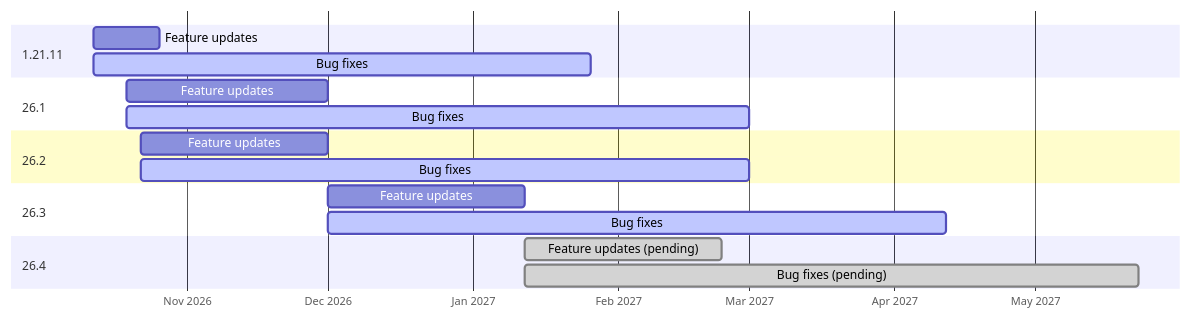
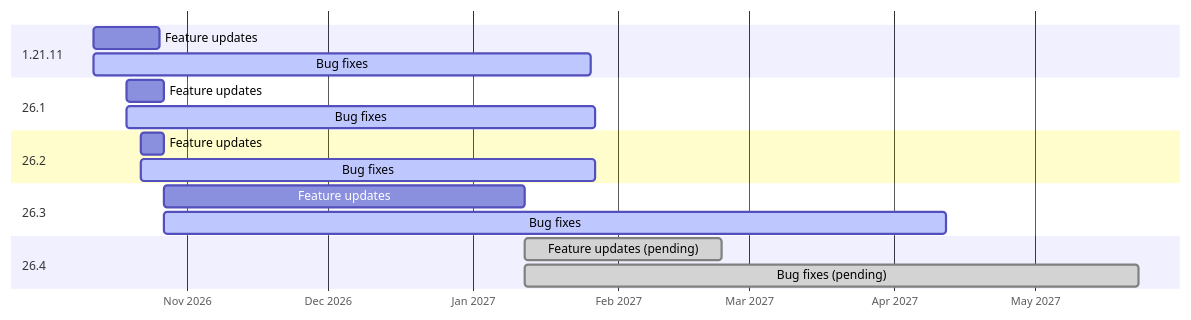
One commit to Restfulbee37/copper-golem-optimisation changed the diagram in README.md. Above: the diagram before and after it, drawn with Mermaid. The commit also changed other lines of this file and 1 other file, not shown here.

Commit message:
Release 0.6.0+26.3
26.3 becomes the feature version; 26.2 and 26.1 move to bug fixes until
about 27 January 2027.

````diff
--- a/README.md
+++ b/README.md
@@ -35,20 +35,20 @@
 ```mermaid
 gantt
     dateFormat YYYY-MM-DD
     axisFormat %b %Y
     section 1.21.11
         Feature updates : 2026-10-12, 2026-10-26
         Bug fixes       : active, 2026-10-12, 2027-01-26
     section 26.1
-        Feature updates : 2026-10-19, 2026-12-01
-        Bug fixes       : active, 2026-10-19, 2027-03-01
+        Feature updates : 2026-10-19, 2026-10-27
+        Bug fixes       : active, 2026-10-19, 2027-01-27
     section 26.2
-        Feature updates : 2026-10-22, 2026-12-01
-        Bug fixes       : active, 2026-10-22, 2027-03-01
+        Feature updates : 2026-10-22, 2026-10-27
+        Bug fixes       : active, 2026-10-22, 2027-01-27
     section 26.3
-        Feature updates : 2026-12-01, 2027-01-12
-        Bug fixes       : active, 2026-12-01, 2027-04-12
+        Feature updates : 2026-10-27, 2027-01-12
+        Bug fixes       : active, 2026-10-27, 2027-04-12
     section 26.4
         Feature updates (pending) : done, 2027-01-12, 2027-02-23
         Bug fixes (pending)       : done, 2027-01-12, 2027-05-23
 ```
````
